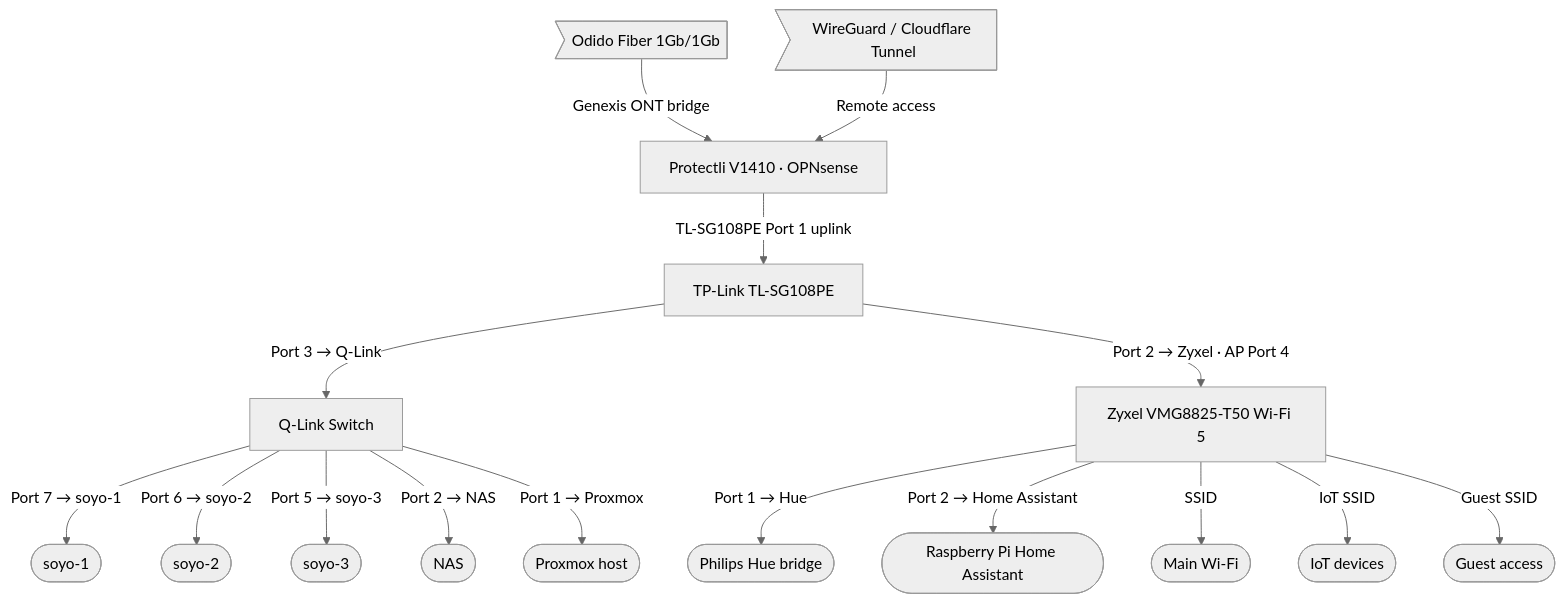
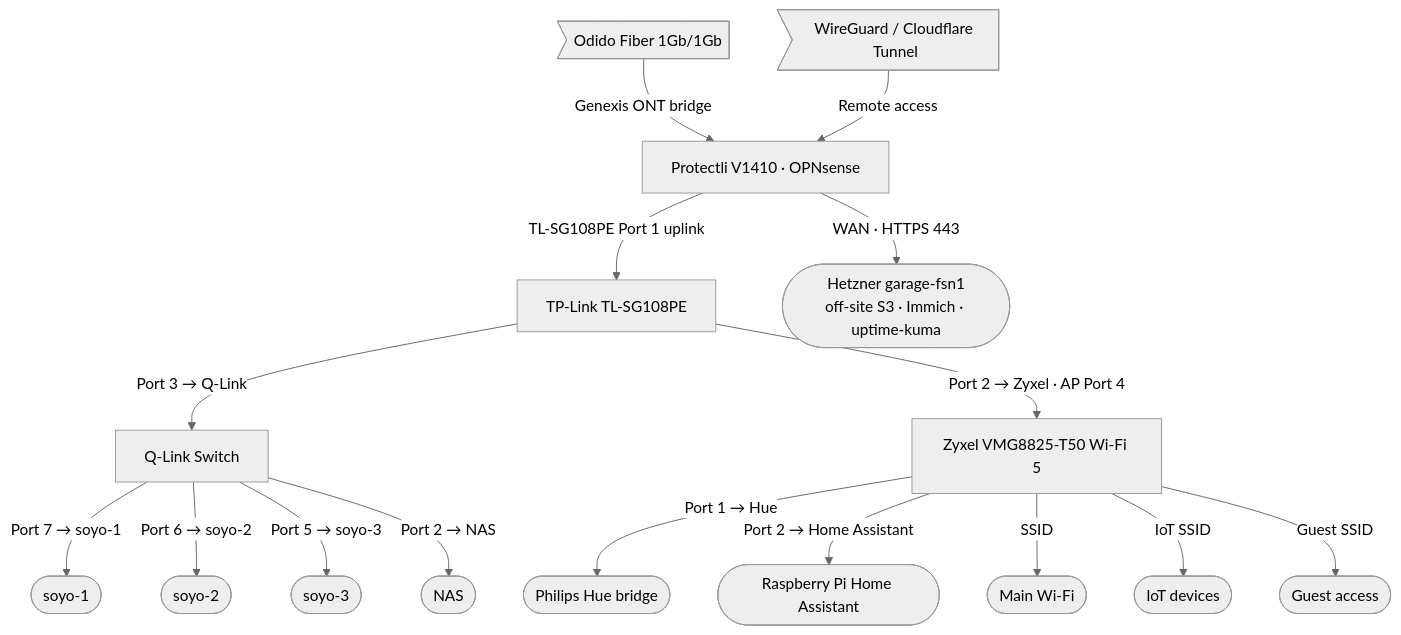
One commit to webgrip/homelab-cluster changed the second of 3 diagrams in README.md. Above: the diagram before and after it, drawn with Mermaid (neutral theme). The commit also changed other lines of this file and 8 other files, not shown here.

````diff
--- a/README.md
+++ b/README.md
@@ -111,19 +111,19 @@
 ```mermaid
 graph TD
   A>Odido Fiber 1Gb/1Gb]
   A --> |Genexis ONT bridge| R[Protectli V1410 · OPNsense]
   B>WireGuard / Cloudflare Tunnel] --> |Remote access| R
   R --> |TL-SG108PE Port 1 uplink| S1[TP-Link TL-SG108PE]
   S1 --> |Port 3 → Q-Link| S2[Q-Link Switch]
   S1 --> |Port 2 → Zyxel · AP Port 4| W[Zyxel VMG8825-T50 Wi-Fi 5]
   S2 --> |Port 7 → soyo-1| K1([soyo-1])
   S2 --> |Port 6 → soyo-2| K2([soyo-2])
   S2 --> |Port 5 → soyo-3| K3([soyo-3])
   S2 --> |Port 2 → NAS| N([NAS])
-  S2 --> |Port 1 → Proxmox| PX([Proxmox host])
+  R --> |WAN · HTTPS 443| HZ([Hetzner garage-fsn1<br/>off-site S3 · Immich · uptime-kuma])
   W --> |Port 1 → Hue| H([Philips Hue bridge])
   W --> |Port 2 → Home Assistant| P([Raspberry Pi Home Assistant])
   W --> |SSID| W1([Main Wi-Fi])
   W --> |IoT SSID| W2([IoT devices])
   W --> |Guest SSID| W3([Guest access])
 ```
````
